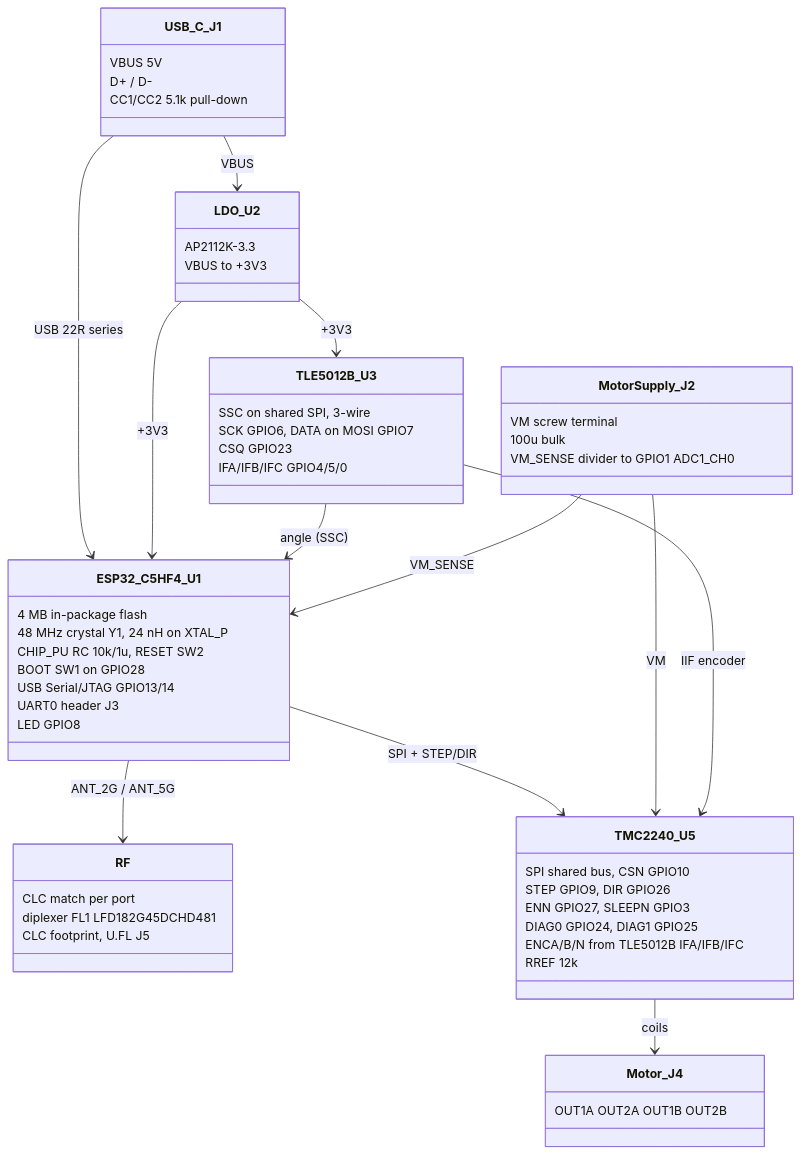
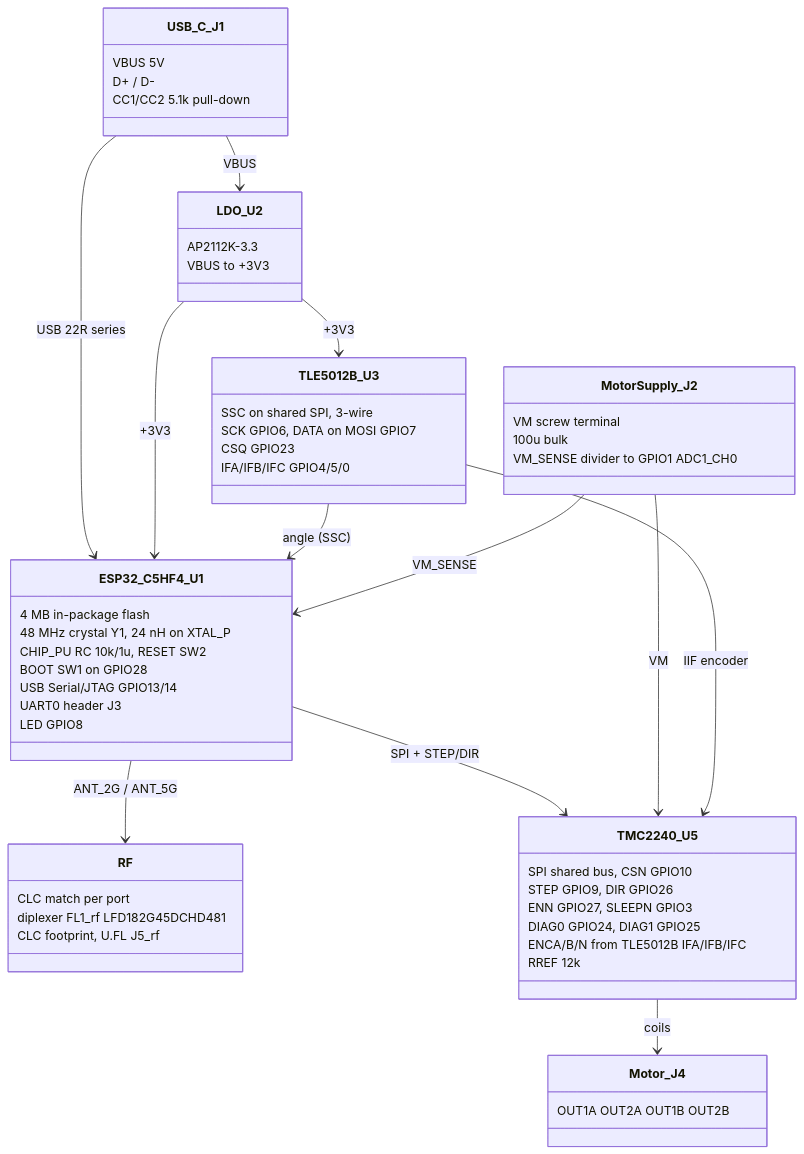
One commit to tmpk13/pico-step changed the first of 2 diagrams in ARCHITECTURE.md. Above: the diagram before and after it, drawn with Mermaid. The commit also changed 10 other files, not shown here.

````diff
--- a/ARCHITECTURE.md
+++ b/ARCHITECTURE.md
@@ -3,59 +3,59 @@
 ```mermaid
 classDiagram
     class USB_C_J1 {
         VBUS 5V
         D+ / D-
         CC1/CC2 5.1k pull-down
     }
     class LDO_U2 {
         AP2112K-3.3
         VBUS to +3V3
     }
     class ESP32_C5HF4_U1 {
         4 MB in-package flash
         48 MHz crystal Y1, 24 nH on XTAL_P
         CHIP_PU RC 10k/1u, RESET SW2
         BOOT SW1 on GPIO28
         USB Serial/JTAG GPIO13/14
         UART0 header J3
         LED GPIO8
     }
     class RF {
         CLC match per port
-        diplexer FL1 LFD182G45DCHD481
-        CLC footprint, U.FL J5
+        diplexer FL1_rf LFD182G45DCHD481
+        CLC footprint, U.FL J5_rf
     }
     class TMC2240_U5 {
         SPI shared bus, CSN GPIO10
         STEP GPIO9, DIR GPIO26
         ENN GPIO27, SLEEPN GPIO3
         DIAG0 GPIO24, DIAG1 GPIO25
         ENCA/B/N from TLE5012B IFA/IFB/IFC
         RREF 12k
     }
     class Motor_J4 {
         OUT1A OUT2A OUT1B OUT2B
     }
     class TLE5012B_U3 {
         SSC on shared SPI, 3-wire
         SCK GPIO6, DATA on MOSI GPIO7
         CSQ GPIO23
         IFA/IFB/IFC GPIO4/5/0
     }
     class MotorSupply_J2 {
         VM screw terminal
         100u bulk
         VM_SENSE divider to GPIO1 ADC1_CH0
     }
     USB_C_J1 --> LDO_U2 : VBUS
     USB_C_J1 --> ESP32_C5HF4_U1 : USB 22R series
     LDO_U2 --> ESP32_C5HF4_U1 : +3V3
     LDO_U2 --> TLE5012B_U3 : +3V3
     ESP32_C5HF4_U1 --> RF : ANT_2G / ANT_5G
     ESP32_C5HF4_U1 --> TMC2240_U5 : SPI + STEP/DIR
     TLE5012B_U3 --> ESP32_C5HF4_U1 : angle (SSC)
     MotorSupply_J2 --> TMC2240_U5 : VM
     TLE5012B_U3 --> TMC2240_U5 : IIF encoder
     TMC2240_U5 --> Motor_J4 : coils
     MotorSupply_J2 --> ESP32_C5HF4_U1 : VM_SENSE
 ```
````
